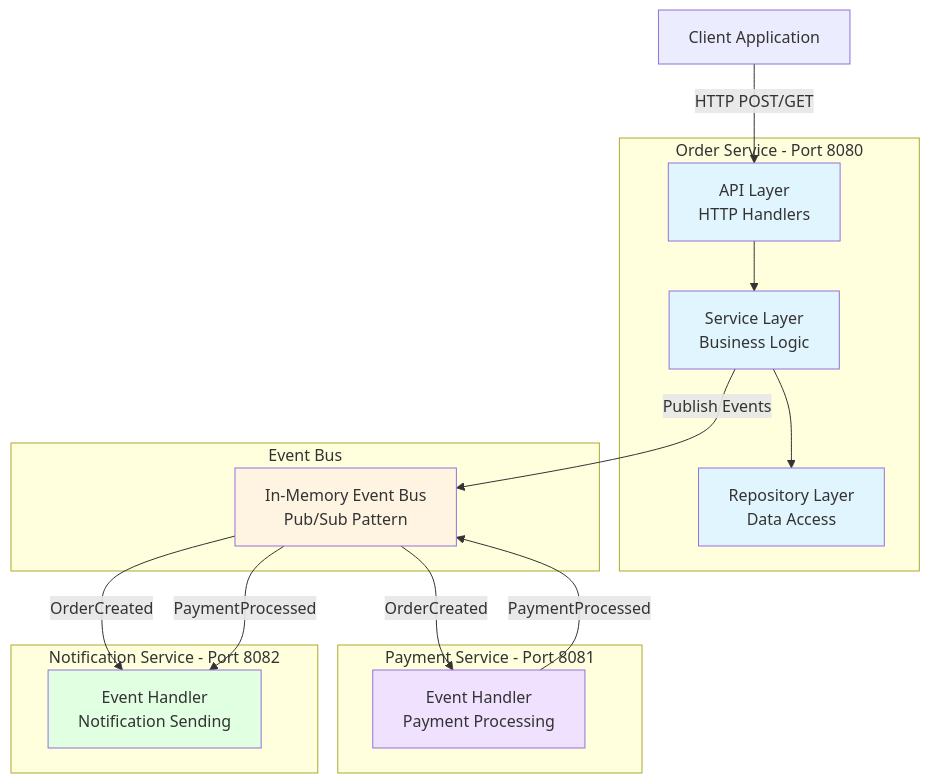
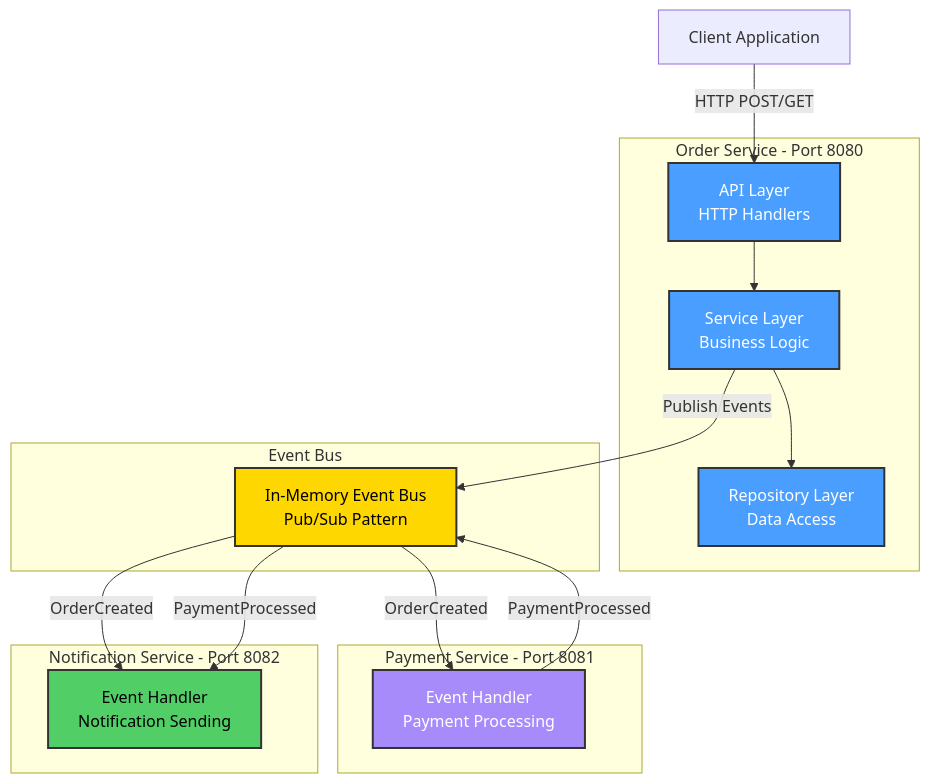
One commit to elewashy/Tanta-University changed the first of 17 diagrams in Level_3/Semester_1/Distributed_Systems/Project/System_Architecture_in_Distributed_Systems/docs/ARCHITECTURE.md. Above: the diagram before and after it, drawn with Mermaid. The commit also changed other lines of this file and 4 other files, not shown here.

````diff
--- a/Level_3/Semester_1/Distributed_Systems/Project/System_Architecture_in_Distributed_Systems/docs/ARCHITECTURE.md
+++ b/Level_3/Semester_1/Distributed_Systems/Project/System_Architecture_in_Distributed_Systems/docs/ARCHITECTURE.md
@@ -14,39 +14,39 @@
 ```mermaid
 graph TB
     Client[Client Application]
     
     subgraph "Order Service - Port 8080"
         API[API Layer<br/>HTTP Handlers]
         Service[Service Layer<br/>Business Logic]
         Repo[Repository Layer<br/>Data Access]
         
         API --> Service
         Service --> Repo
     end
     
     subgraph "Event Bus"
         EventBus[In-Memory Event Bus<br/>Pub/Sub Pattern]
     end
     
     subgraph "Payment Service - Port 8081"
         PaymentHandler[Event Handler<br/>Payment Processing]
     end
     
     subgraph "Notification Service - Port 8082"
         NotifHandler[Event Handler<br/>Notification Sending]
     end
     
     Client -->|HTTP POST/GET| API
     Service -->|Publish Events| EventBus
     EventBus -->|OrderCreated| PaymentHandler
     EventBus -->|OrderCreated| NotifHandler
     PaymentHandler -->|PaymentProcessed| EventBus
     EventBus -->|PaymentProcessed| NotifHandler
     
-    style API fill:#e1f5ff
-    style Service fill:#e1f5ff
-    style Repo fill:#e1f5ff
-    style EventBus fill:#fff4e1
-    style PaymentHandler fill:#f0e1ff
-    style NotifHandler fill:#e1ffe1
+    style API fill:#4a9eff,stroke:#333,stroke-width:2px,color:#fff
+    style Service fill:#4a9eff,stroke:#333,stroke-width:2px,color:#fff
+    style Repo fill:#4a9eff,stroke:#333,stroke-width:2px,color:#fff
+    style EventBus fill:#ffd700,stroke:#333,stroke-width:2px,color:#000
+    style PaymentHandler fill:#a78bfa,stroke:#333,stroke-width:2px,color:#fff
+    style NotifHandler fill:#51cf66,stroke:#333,stroke-width:2px,color:#000
 ```
````
